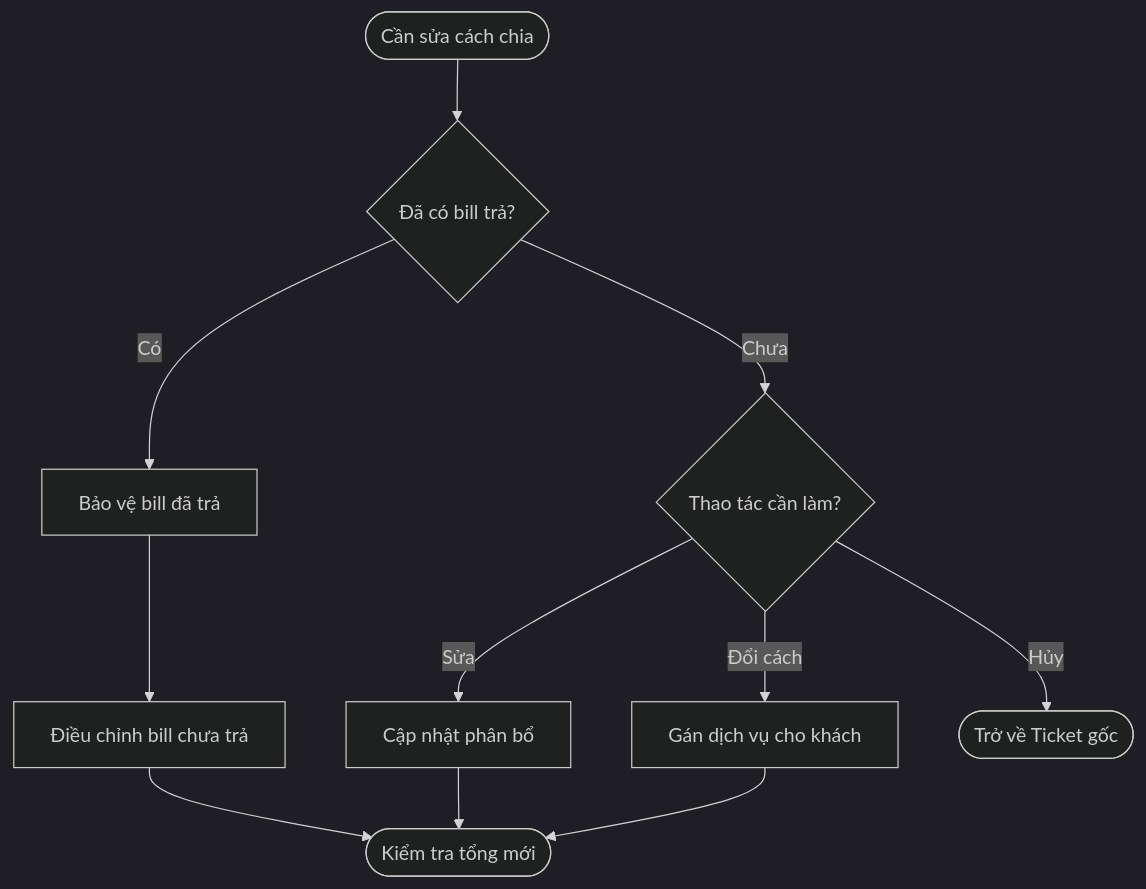
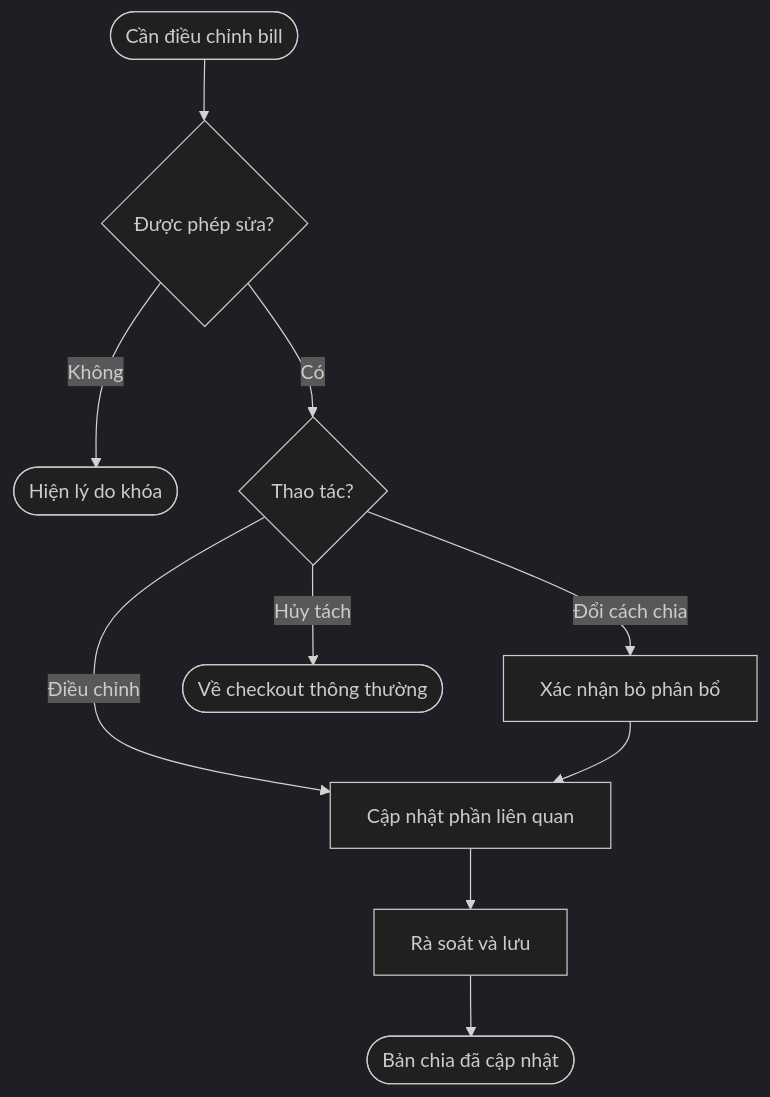
One commit to maivtn/taxiq changed the second of 8 diagrams in docs/business/checkout-split-bill.md. Above: the diagram before and after it, drawn with Mermaid (dark theme). The commit also changed other lines of this file, not shown here.

Commit message:
docs: expand split bill proposal to 22 user stories

````diff
--- a/docs/business/checkout-split-bill.md
+++ b/docs/business/checkout-split-bill.md
@@ -114,13 +259,12 @@
 ```mermaid
 flowchart TD
-    A([Cần sửa cách chia]) --> B{Đã có bill trả?}
-    B -- Có --> C[Bảo vệ bill đã trả]
-    C --> D[Điều chỉnh bill chưa trả]
-    B -- Chưa --> E{Thao tác cần làm?}
-    E -- Sửa --> F[Cập nhật phân bổ]
-    E -- Đổi cách --> G[Gán dịch vụ cho khách]
-    E -- Hủy --> H([Trở về Ticket gốc])
-    F --> I([Kiểm tra tổng mới])
-    G --> I
-    D --> I
+    A([Cần điều chỉnh bill]) --> B{Được phép sửa?}
+    B -- Không --> C([Hiện lý do khóa])
+    B -- Có --> D{Thao tác?}
+    D -- Điều chỉnh --> E[Cập nhật phần liên quan]
+    D -- Đổi cách chia --> F[Xác nhận bỏ phân bổ]
+    F --> E
+    D -- Hủy tách --> G([Về checkout thông thường])
+    E --> H[Rà soát và lưu]
+    H --> I([Bản chia đã cập nhật])
 ```
````
